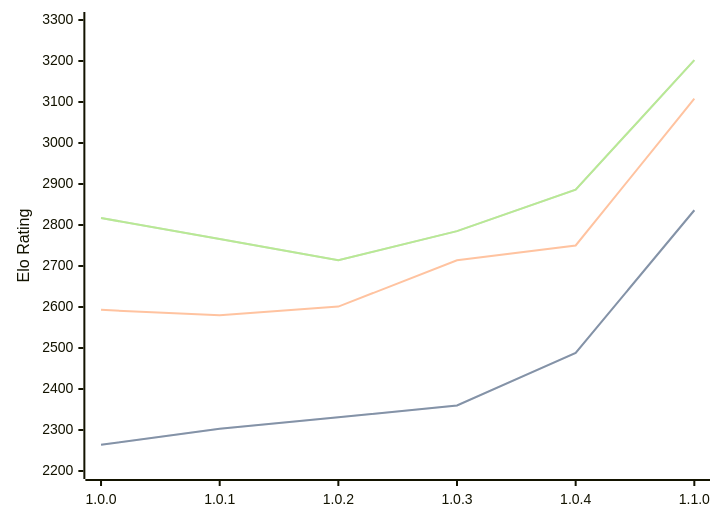
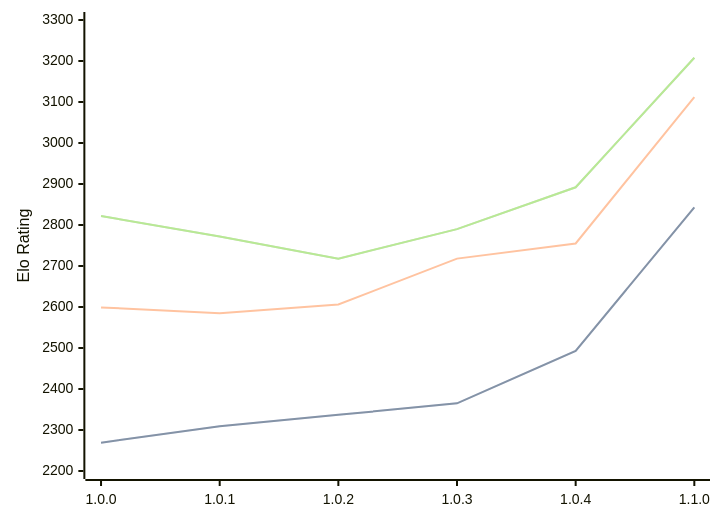
Before and after one commit to computer-chess-index/cci: the diagram in engines/Grail.md, drawn with Mermaid. The commit also changed other lines of this file, not shown here.

Commit message:
Update CCI Ratings (ELO VLTC) - 2026-04-14

````diff
--- a/engines/Grail.md
+++ b/engines/Grail.md
@@ -36,11 +36,11 @@
 ```mermaid
 %%{init: {"theme":"base","themeVariables":{"seriesColors:['#a3a3a3','#222221','#faa371']}}}%%
 xychart-beta
   x-axis ["1.0.0", "1.0.1", "1.0.2", "1.0.3", "1.0.4", "1.1.0"]
   y-axis "Elo Rating" 2200 --> 3300
-  line "STC (8.0+0.08s)" [2264, 2303, 2331, 2360, 2488, 2836]
-  line "STC (8.0+0.08s)" [2264, 2303, 2331, 2360, 2488, 2836]
-  line "LTC (60.0+0.60s)" [2593, 2580, 2601, 2714, 2750, 3108]
-  line "VLTC (2m24s+1.12s)" [2817, 2766, 2714, 2785, 2886, 3202]
-  line "VLTC (2m24s+1.12s)" [2817, 2766, 2714, 2785, 2886, 3202]
+  line "STC (8.0+0.08s)" [2269, 2309, 2337, 2365, 2493, 2843]
+  line "STC (8.0+0.08s)" [2269, 2309, 2337, 2365, 2493, 2843]
+  line "LTC (60.0+0.60s)" [2599, 2585, 2606, 2718, 2755, 3112]
+  line "VLTC (2m24s+1.12s)" [2822, 2772, 2718, 2790, 2892, 3208]
+  line "VLTC (2m24s+1.12s)" [2822, 2772, 2718, 2790, 2892, 3208]
 ```
````
